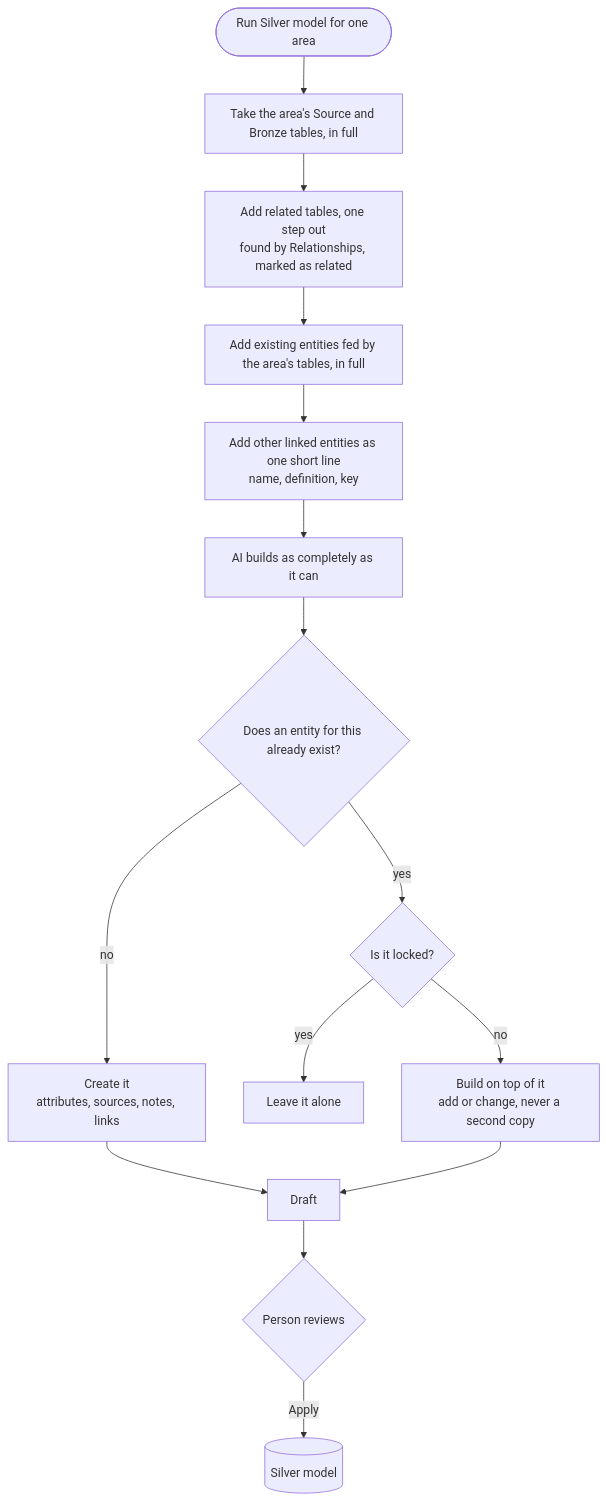
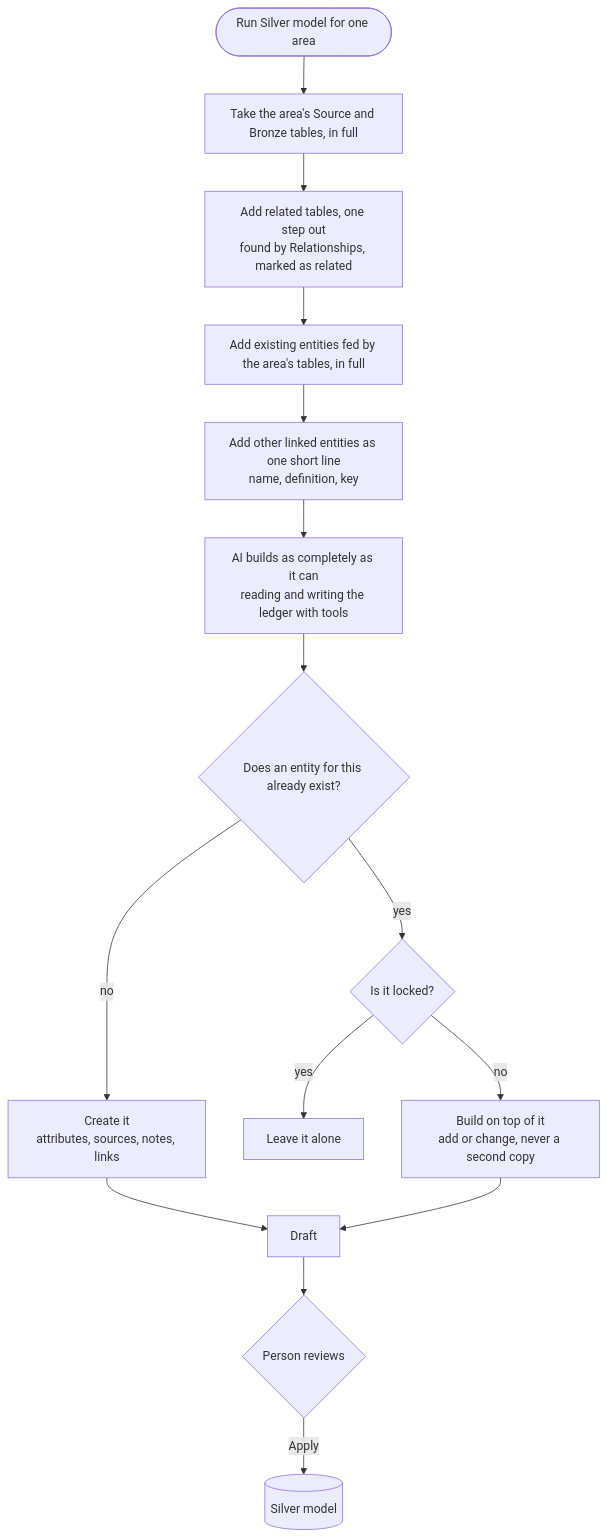
The diagram in design/workflows/silver-model.md (maazuddinmohammed/gds_workbench_v3), drawn with Mermaid before and after one commit. The commit also changed other lines of this file and 43 other files, not shown here.

````diff
--- a/design/workflows/silver-model.md
+++ b/design/workflows/silver-model.md
@@ -8,17 +8,17 @@
 ```mermaid
 flowchart TD
     START(["Run Silver model for one area"]) --> A["Take the area's Source and Bronze tables, in full"]
     A --> B["Add related tables, one step out<br/>found by Relationships, marked as related"]
     B --> C["Add existing entities fed by the area's tables, in full"]
     C --> D["Add other linked entities as one short line<br/>name, definition, key"]
-    D --> E["AI builds as completely as it can"]
+    D --> E["AI builds as completely as it can<br/>reading and writing the ledger with tools"]
     E --> F{"Does an entity for this already exist?"}
     F -- no --> G["Create it<br/>attributes, sources, notes, links"]
     F -- yes --> H{"Is it locked?"}
     H -- yes --> I["Leave it alone"]
     H -- no --> J["Build on top of it<br/>add or change, never a second copy"]
     G --> K["Draft"]
     J --> K
     K --> L{"Person reviews"}
     L -- Apply --> M[("Silver model")]
 ```
````
